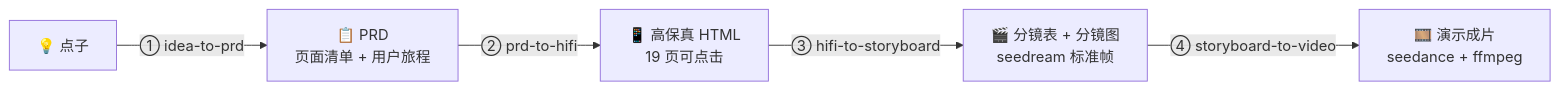
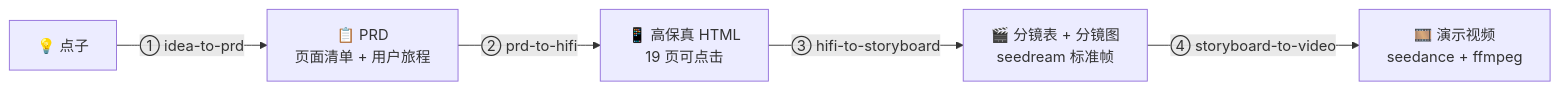
One commit to losdwind/2-hour-mvp changed the diagram in README.md. Above: the diagram before and after it, drawn with Mermaid. The commit also changed other lines of this file and 2 other files, not shown here.

````diff
--- a/README.md
+++ b/README.md
@@ -42,7 +42,7 @@
 ```mermaid
 graph LR
     A["💡 点子"] -->|"① idea-to-prd"| B["📋 PRD<br/>页面清单 + 用户旅程"]
     B -->|"② prd-to-hifi"| C["📱 高保真 HTML<br/>19 页可点击"]
     C -->|"③ hifi-to-storyboard"| D["🎬 分镜表 + 分镜图<br/>seedream 标准帧"]
-    D -->|"④ storyboard-to-video"| E["🎞️ 演示成片<br/>seedance + ffmpeg"]
+    D -->|"④ storyboard-to-video"| E["🎞️ 演示视频<br/>seedance + ffmpeg"]
 ```
````
